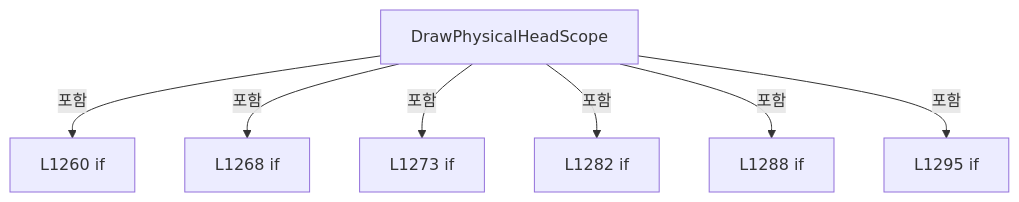
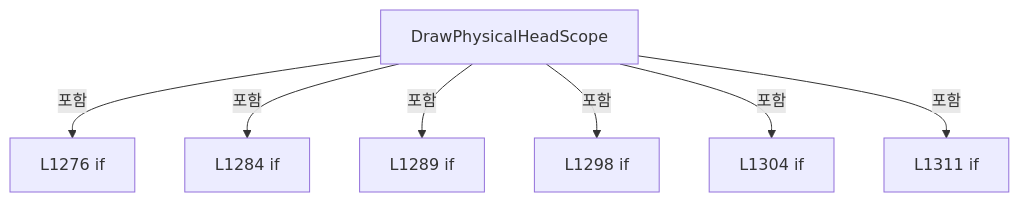
Before and after one commit to kjuws10-rgb/Shared: diagram 14 of 22 in A3 LD Code Ref/files/Drilling.UI/Menu/Menus/CReviewGlassPreviewBuilder.cs.md, drawn with Mermaid. The commit also changed other lines of this file and 2071 other files, not shown here.

Commit message:
docs(a3): update 11.19.0 architecture and code reference

````diff
--- a/A3 LD Code Ref/files/Drilling.UI/Menu/Menus/CReviewGlassPreviewBuilder.cs.md
+++ b/A3 LD Code Ref/files/Drilling.UI/Menu/Menus/CReviewGlassPreviewBuilder.cs.md
@@ -2234,16 +2249,16 @@
 ```mermaid
 flowchart TD
  M["DrawPhysicalHeadScope"]
- N0["L1260 if"]
+ N0["L1276 if"]
  M -->|포함| N0
- N1["L1268 if"]
+ N1["L1284 if"]
  M -->|포함| N1
- N2["L1273 if"]
+ N2["L1289 if"]
  M -->|포함| N2
- N3["L1282 if"]
+ N3["L1298 if"]
  M -->|포함| N3
- N4["L1288 if"]
+ N4["L1304 if"]
  M -->|포함| N4
- N5["L1295 if"]
+ N5["L1311 if"]
  M -->|포함| N5
 ```
````
